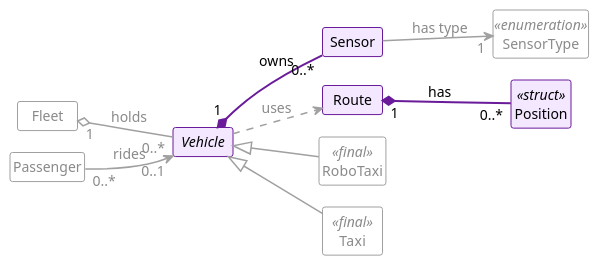
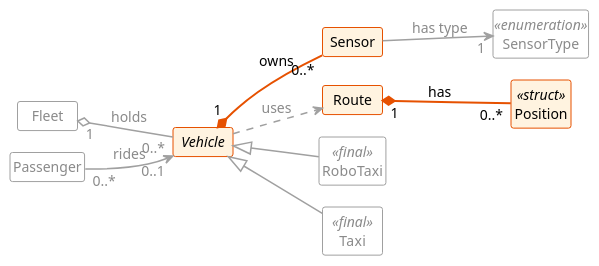
Before and after one commit to zeidk/enpm702-fall-2026-cpp: the diagram in project/week9/uml/model_l9_composition.plantuml, drawn with PlantUML. The commit also changed 28 other files, not shown here.

First line of the commit message:
week9: RoboTaxi zone and automation level, find and erase_if examples, new slide numbers

```diff
--- a/project/week9/uml/model_l9_composition.plantuml
+++ b/project/week9/uml/model_l9_composition.plantuml
@@ -1,91 +1,93 @@
 @startuml model_l9_composition
 ' Generated for the slides.
 !theme mono
 skinparam backgroundColor white
 skinparam defaultFontName "Fira Sans"
 skinparam defaultFontSize 14
 skinparam shadowing false
 skinparam classAttributeIconSize 0
 skinparam nodesep 22
 skinparam ranksep 50
 skinparam ArrowThickness 1.5
 hide circle
 hide members
 skinparam minClassWidth 60
 skinparam classStereotypeFontSize 14
 left to right direction
 
 class Fleet #back:FFFFFF;line:A0A0A0;text:8A8A8A {
   - vehicles_ : vector<shared_ptr<Vehicle>>
   + add(shared_ptr<Vehicle>) : void
   + remove(int) : bool
   + size() : size_t
 }
 class Passenger #back:FFFFFF;line:A0A0A0;text:8A8A8A {
   - name_ : string
   - ride_ : weak_ptr<Vehicle>
   + board(shared_ptr<Vehicle>) : void
   + leave() : void
 }
-abstract class Vehicle #back:F3E8FF;line:6A1B9A;text:000000 {
+abstract class Vehicle #back:FFF3E0;line:E65100;text:000000 {
   - id_ : int
   - {static} next_id_ : int
   - max_speed_ : double
   - speed_ : double
   - color_ : string
   - mileage_ : double
   - sensors_ : vector<unique_ptr<Sensor>>
   + Vehicle(double)
   + get_id() : int
   + get_color() : const string&
   + get_max_speed() : double
   + get_speed() : double
   + set_speed(double) : void
   + get_mileage() : double
   + add_mileage(double) : void
   + add_sensor(SensorType, double) : int
   + sensor_count() : size_t
   + get_sensors() : const vector<unique_ptr<Sensor>>&
   + {abstract} drive(const Route&) : void
   # log_event(const string&) : void
 }
-class Sensor #back:F3E8FF;line:6A1B9A;text:000000 {
+class Sensor #back:FFF3E0;line:E65100;text:000000 {
   - id_ : int
   - type_ : SensorType
   - range_ : double
   + Sensor(int, SensorType, double)
   + get_id() : int
   + get_type() : SensorType
   + get_range() : double
 }
 enum SensorType <<enumeration>> #back:FFFFFF;line:A0A0A0;text:8A8A8A {
   lidar
   camera
   radar
 }
-class Route #back:F3E8FF;line:6A1B9A;text:000000 {
+class Route #back:FFF3E0;line:E65100;text:000000 {
   - waypoints_ : vector<Position>
   + add(Position) : void
   + length() : double
 }
-class Position <<struct>> #back:F3E8FF;line:6A1B9A;text:000000 {
+class Position <<struct>> #back:FFF3E0;line:E65100;text:000000 {
   + x : double
   + y : double
 }
 class RoboTaxi <<final>> #back:FFFFFF;line:A0A0A0;text:8A8A8A {
+  - operating_zone_ : string
+  - automation_level_ : int
   + drive(const Route&) : void
 }
 class Taxi <<final>> #back:FFFFFF;line:A0A0A0;text:8A8A8A {
   - driver_name_ : string
   + drive(const Route&) : void
 }
 
 Fleet "<color:#8A8A8A>1</color>" o-[#A0A0A0]- "<color:#8A8A8A>0..*</color>" Vehicle : <color:#8A8A8A>holds</color>
 Passenger "<color:#8A8A8A>0..*</color>" -[#A0A0A0]-> "<color:#8A8A8A>0..1</color>" Vehicle : <color:#8A8A8A>rides</color>
-Vehicle "<color:#000000>1</color>" *-[#6A1B9A,thickness=2]- "<color:#000000>0..*</color>" Sensor : <color:#000000>owns</color>
+Vehicle "<color:#000000>1</color>" *-[#E65100,thickness=2]- "<color:#000000>0..*</color>" Sensor : <color:#000000>owns</color>
 Vehicle .[#A0A0A0].> Route : <color:#8A8A8A>uses</color>
-Route "<color:#000000>1</color>" *-[#6A1B9A,thickness=2]- "<color:#000000>0..*</color>" Position : <color:#000000>has</color>
+Route "<color:#000000>1</color>" *-[#E65100,thickness=2]- "<color:#000000>0..*</color>" Position : <color:#000000>has</color>
 Sensor -[#A0A0A0]-> "<color:#8A8A8A>1</color>" SensorType : <color:#8A8A8A>has type</color>
 Vehicle <|-[#A0A0A0]- RoboTaxi
 Vehicle <|-[#A0A0A0]- Taxi
 @enduml
```
